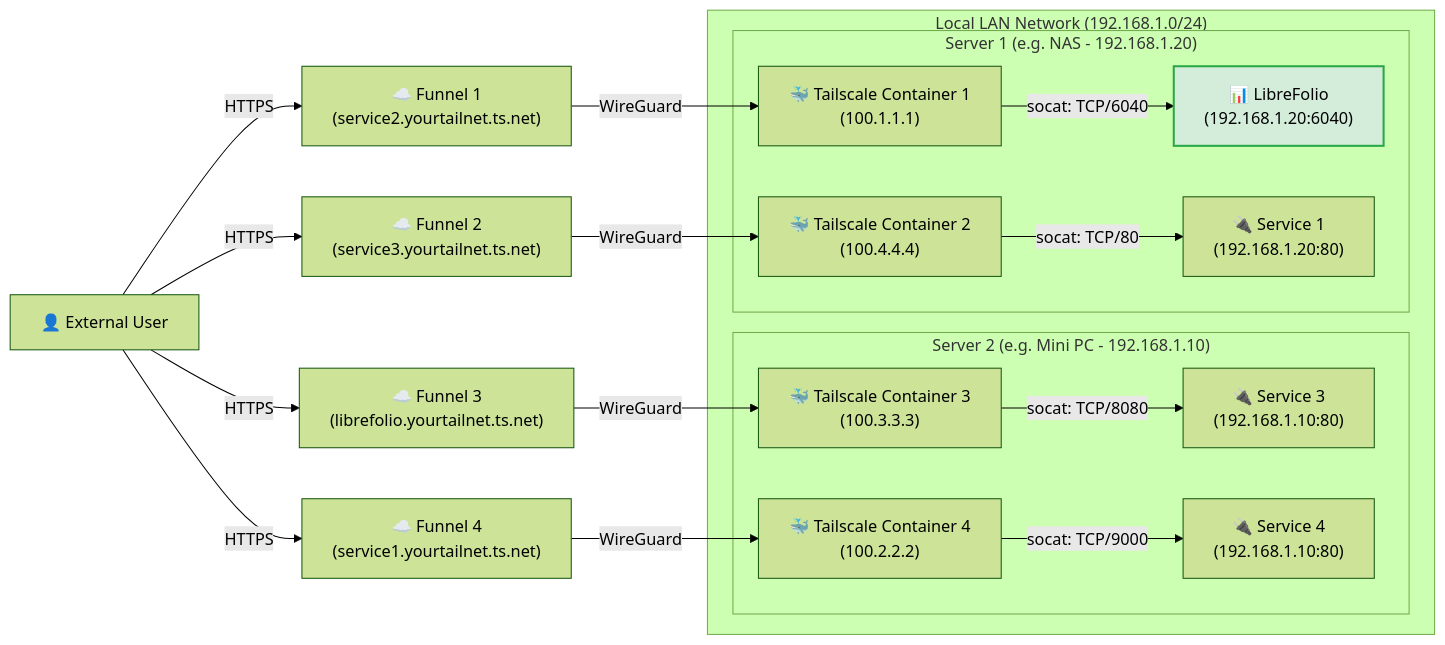
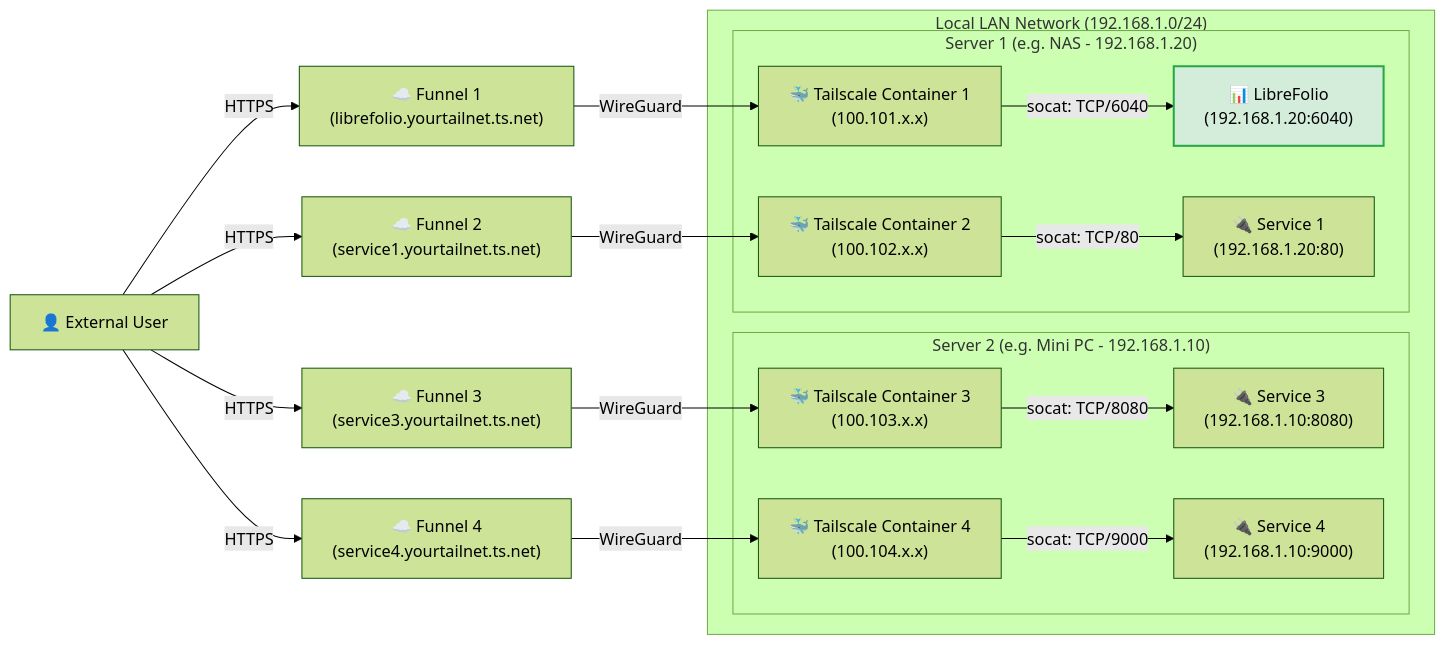
The fifth of 5 diagrams in mkdocs_src/docs/admin/service_exposure.en.md (Librefolio/LibreFolio), drawn with Mermaid (forest theme) before and after one commit. The commit also changed other lines of this file and 6 other files, not shown here.

````diff
--- a/mkdocs_src/docs/admin/service_exposure.en.md
+++ b/mkdocs_src/docs/admin/service_exposure.en.md
@@ -314,24 +318,24 @@
 ```mermaid
 graph LR
-    User["👤 External User"] -->|HTTPS| Funnel1["☁️ Funnel 1<br>(service2.yourtailnet.ts.net)"]
-    User -->|HTTPS| Funnel2["☁️ Funnel 2<br>(service3.yourtailnet.ts.net)"]
-    User -->|HTTPS| Funnel3["☁️ Funnel 3<br>(librefolio.yourtailnet.ts.net)"]
-    User -->|HTTPS| Funnel4["☁️ Funnel 4<br>(service1.yourtailnet.ts.net)"]
+    User["👤 External User"] -->|HTTPS| Funnel1["☁️ Funnel 1<br>(librefolio.yourtailnet.ts.net)"]
+    User -->|HTTPS| Funnel2["☁️ Funnel 2<br>(service1.yourtailnet.ts.net)"]
+    User -->|HTTPS| Funnel3["☁️ Funnel 3<br>(service3.yourtailnet.ts.net)"]
+    User -->|HTTPS| Funnel4["☁️ Funnel 4<br>(service4.yourtailnet.ts.net)"]
     
-    Funnel1 -->|WireGuard| TSC1["🐳 Tailscale Container 1<br>(100.1.1.1)"]
-    Funnel2 -->|WireGuard| TSC2["🐳 Tailscale Container 2<br>(100.4.4.4)"]
-    Funnel3 -->|WireGuard| TSC3["🐳 Tailscale Container 3<br>(100.3.3.3)"]
-    Funnel4 -->|WireGuard| TSC4["🐳 Tailscale Container 4<br>(100.2.2.2)"]
+    Funnel1 -->|WireGuard| TSC1["🐳 Tailscale Container 1<br>(100.101.x.x)"]
+    Funnel2 -->|WireGuard| TSC2["🐳 Tailscale Container 2<br>(100.102.x.x)"]
+    Funnel3 -->|WireGuard| TSC3["🐳 Tailscale Container 3<br>(100.103.x.x)"]
+    Funnel4 -->|WireGuard| TSC4["🐳 Tailscale Container 4<br>(100.104.x.x)"]
     
     subgraph LAN ["Local LAN Network (192.168.1.0/24)"]
         subgraph Host2 ["Server 2 (e.g. Mini PC - 192.168.1.10)"]
-            TSC3 -->|socat: TCP/8080| Service3["🔌 Service 3<br>(192.168.1.10:80)"]
-            TSC4 -->|socat: TCP/9000| Service4["🔌 Service 4<br>(192.168.1.10:80)"]
+            TSC3 -->|socat: TCP/8080| Service3["🔌 Service 3<br>(192.168.1.10:8080)"]
+            TSC4 -->|socat: TCP/9000| Service4["🔌 Service 4<br>(192.168.1.10:9000)"]
         end
         subgraph Host1 ["Server 1 (e.g. NAS - 192.168.1.20)"]
             TSC1 -->|socat: TCP/6040| LibreFolio["📊 LibreFolio<br>(192.168.1.20:6040)"]
             TSC2 -->|socat: TCP/80| Service1["🔌 Service 1<br>(192.168.1.20:80)"]
         end
     end
     style LibreFolio fill:#d4edda,stroke:#28a745,stroke-width:2px;
 ```
````
